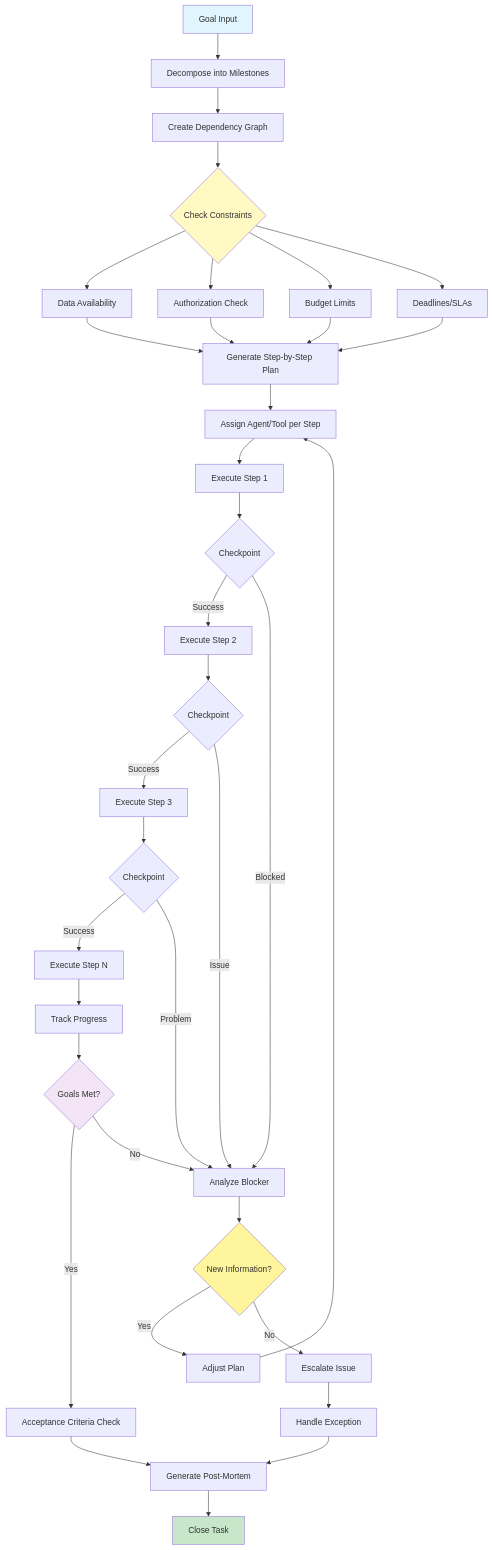
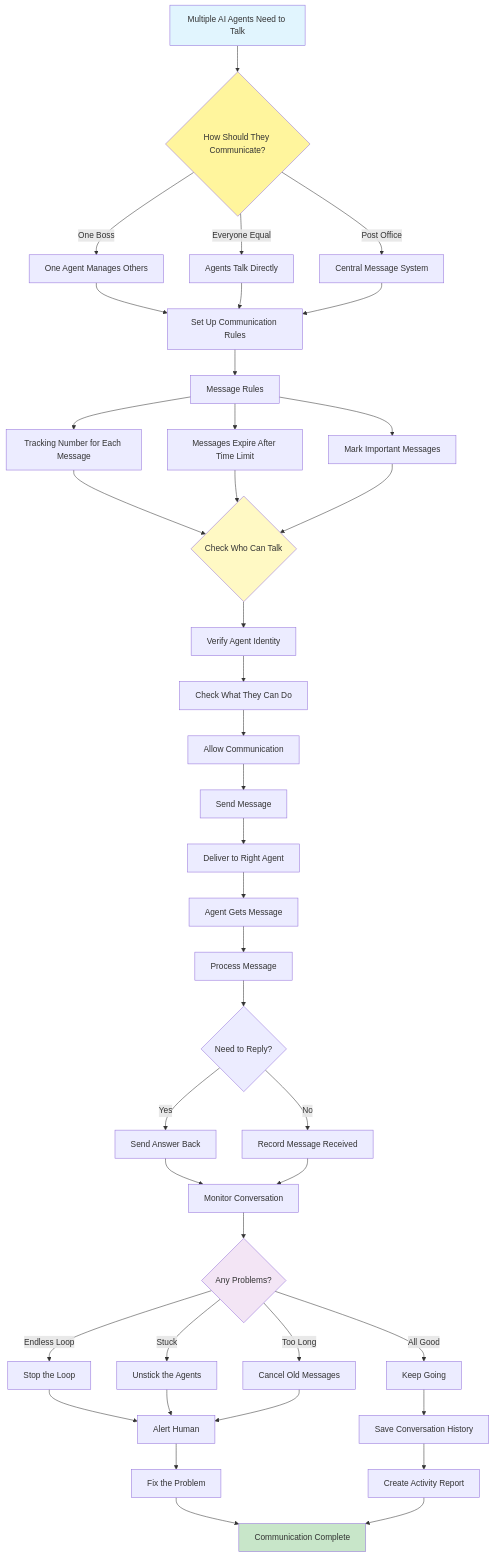
The diagram in diagram.mmd (Adrian-patrick/agentic-ai-design-patterns), drawn with Mermaid before and after one commit. The commit also changed 10 other files, not shown here.

Commit message:
working inter agent communication

```diff
--- a/diagram.mmd
+++ b/diagram.mmd
@@ -1,52 +1,61 @@
 graph TD
-    Start[Goal Input] --> Decompose[Decompose into Milestones]
-    Decompose --> Map[Create Dependency Graph]
+    Start[Multiple AI Agents Need to Talk] --> Choose{How Should They Communicate?}
     
-    Map --> Constraints{Check Constraints}
-    Constraints --> Data[Data Availability]
-    Constraints --> Auth[Authorization Check]
-    Constraints --> Budget[Budget Limits]
-    Constraints --> Time[Deadlines/SLAs]
+    Choose -->|One Boss| Manager[One Agent Manages Others]
+    Choose -->|Everyone Equal| Direct[Agents Talk Directly]
+    Choose -->|Post Office| Mailbox[Central Message System]
     
-    Data --> Plan[Generate Step-by-Step Plan]
-    Auth --> Plan
-    Budget --> Plan
-    Time --> Plan
+    Manager --> Setup[Set Up Communication Rules]
+    Direct --> Setup
+    Mailbox --> Setup
     
-    Plan --> Assign[Assign Agent/Tool per Step]
-    Assign --> Step1[Execute Step 1]
+    Setup --> Rules[Message Rules]
+    Rules --> Track[Tracking Number for Each Message]
+    Rules --> Expire[Messages Expire After Time Limit]
+    Rules --> Important[Mark Important Messages]
     
-    Step1 --> Check1{Checkpoint}
-    Check1 -->|Success| Step2[Execute Step 2]
-    Check1 -->|Blocked| Analyze[Analyze Blocker]
+    Track --> Check{Check Who Can Talk}
+    Expire --> Check
+    Important --> Check
     
-    Step2 --> Check2{Checkpoint}
-    Check2 -->|Success| Step3[Execute Step 3]
-    Check2 -->|Issue| Analyze
+    Check --> Verify[Verify Agent Identity]
+    Verify --> Permission[Check What They Can Do]
+    Permission --> Allow[Allow Communication]
     
-    Step3 --> Check3{Checkpoint}
-    Check3 -->|Success| StepN[Execute Step N]
-    Check3 -->|Problem| Analyze
+    Allow --> Send[Send Message]
+    Send --> Deliver[Deliver to Right Agent]
     
-    Analyze --> NewInfo{New Information?}
-    NewInfo -->|Yes| Replan[Adjust Plan]
-    NewInfo -->|No| Escalate[Escalate Issue]
+    Deliver --> Receive[Agent Gets Message]
+    Receive --> Process[Process Message]
     
-    Replan --> Assign
-    Escalate --> Handle[Handle Exception]
+    Process --> Reply{Need to Reply?}
     
-    StepN --> Progress[Track Progress]
-    Progress --> Complete{Goals Met?}
+    Reply -->|Yes| Answer[Send Answer Back]
+    Reply -->|No| Log[Record Message Received]
     
-    Complete -->|Yes| Accept[Acceptance Criteria Check]
-    Complete -->|No| Analyze
+    Answer --> Watch[Monitor Conversation]
+    Log --> Watch
     
-    Accept --> PostMortem[Generate Post-Mortem]
-    Handle --> PostMortem
-    PostMortem --> End[Close Task]
+    Watch --> Problems{Any Problems?}
+    
+    Problems -->|Endless Loop| Stop[Stop the Loop]
+    Problems -->|Stuck| Fix[Unstick the Agents]
+    Problems -->|Too Long| Timeout[Cancel Old Messages]
+    Problems -->|All Good| Continue[Keep Going]
+    
+    Stop --> Alert[Alert Human]
+    Fix --> Alert
+    Timeout --> Alert
+    Continue --> Record[Save Conversation History]
+    
+    Alert --> Recover[Fix the Problem]
+    Record --> Report[Create Activity Report]
+    
+    Recover --> End[Communication Complete]
+    Report --> End
 
     style Start fill:#e1f5fe
-    style Constraints fill:#fff9c4
-    style NewInfo fill:#fff59d
-    style Complete fill:#f3e5f5
+    style Choose fill:#fff59d
+    style Check fill:#fff9c4
+    style Problems fill:#f3e5f5
     style End fill:#c8e6c9
```
